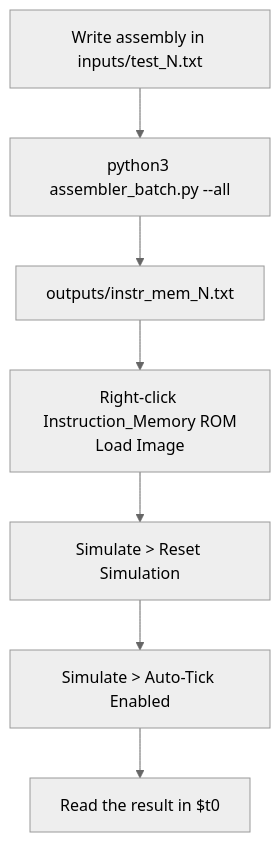
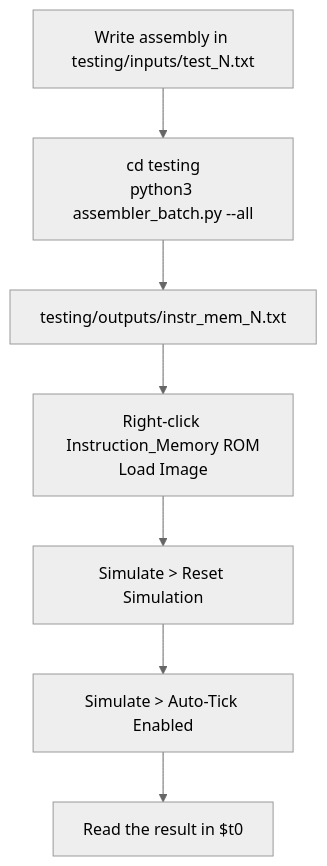
One commit to Ahnaf-Jamil-52/MIPS-Processor-4-bit changed the second of 2 diagrams in README.md. Above: the diagram before and after it, drawn with Mermaid (neutral theme). The commit also changed other lines of this file and 43 other files, not shown here.

````diff
--- a/README.md
+++ b/README.md
@@ -314,9 +338,9 @@
 ```mermaid
 flowchart TD
-    A[Write assembly in inputs/test_N.txt] --> B[python3 assembler_batch.py --all]
-    B --> C[outputs/instr_mem_N.txt]
+    A["Write assembly in testing/inputs/test_N.txt"] --> B["cd testing<br/>python3 assembler_batch.py --all"]
+    B --> C["testing/outputs/instr_mem_N.txt"]
     C --> D[Right-click Instruction_Memory ROM<br/>Load Image]
     D --> E[Simulate > Reset Simulation]
     E --> F[Simulate > Auto-Tick Enabled]
     F --> G[Read the result in $t0]
 ```
````
